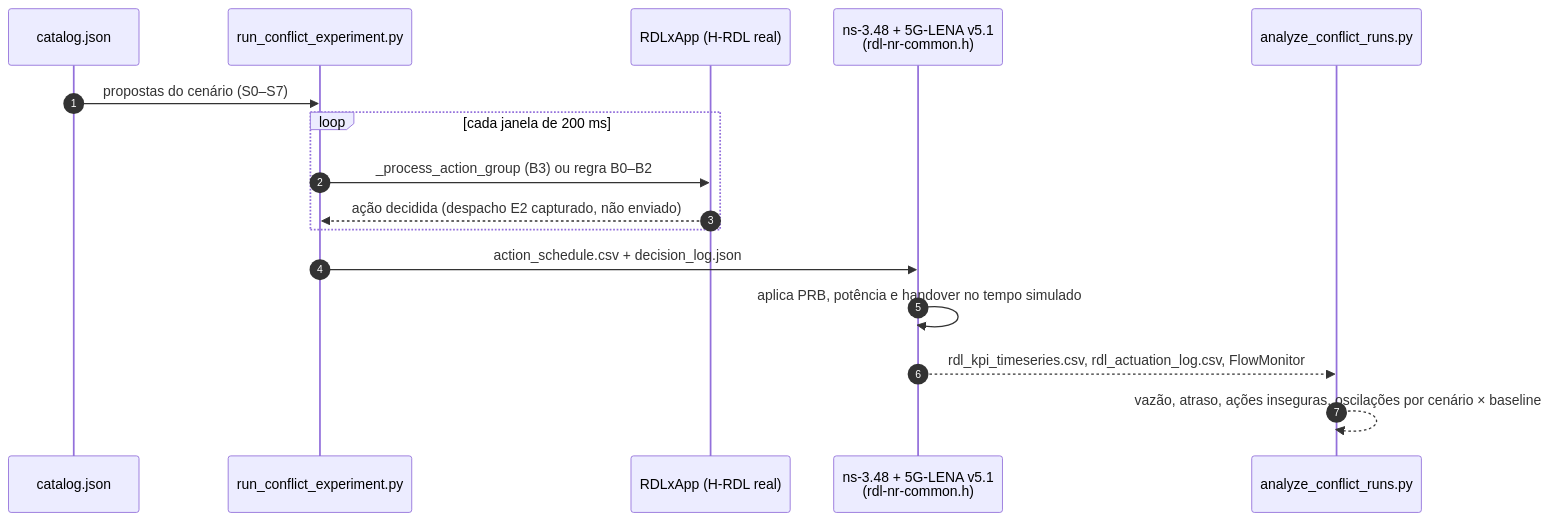
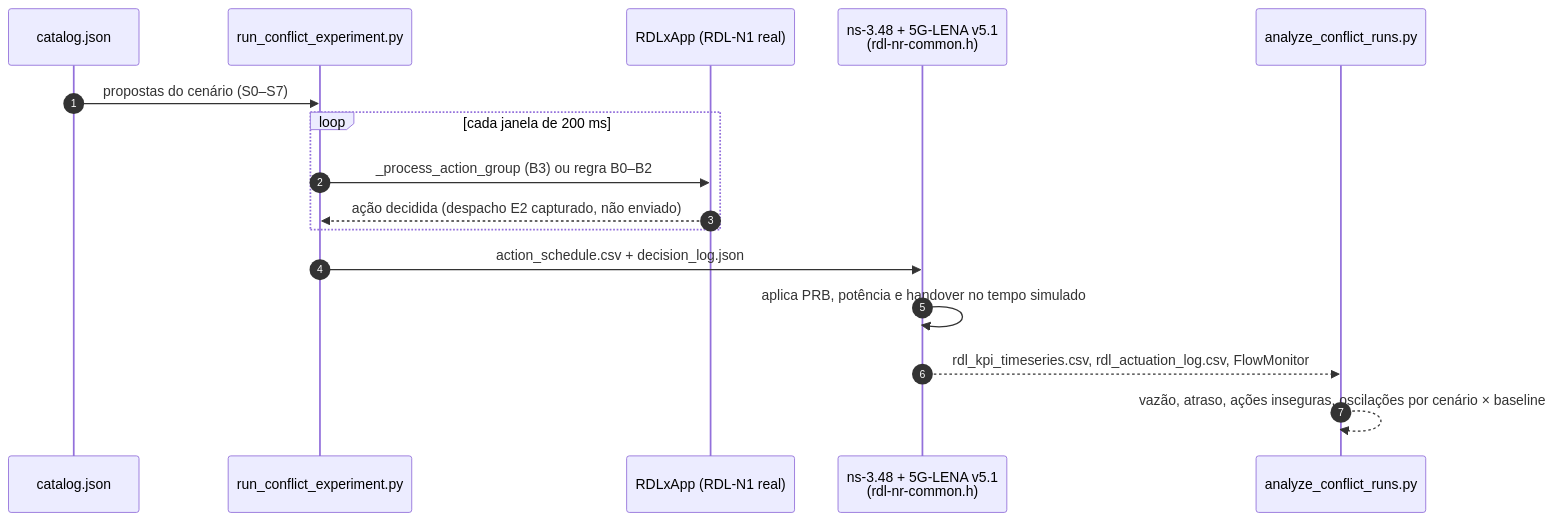
One commit to georgebarbosa3090/XApp-RDL-F1 changed the seventh of 8 diagrams in docs/01_componentes_e_fluxos.md. Above: the diagram before and after it, drawn with Mermaid. The commit also changed other lines of this file and 111 other files, not shown here.

````diff
--- a/docs/01_componentes_e_fluxos.md
+++ b/docs/01_componentes_e_fluxos.md
@@ -454,19 +454,19 @@
 ```mermaid
 sequenceDiagram
     autonumber
     participant C as catalog.json
     participant D as run_conflict_experiment.py
-    participant H as RDLxApp (H-RDL real)
+    participant H as RDLxApp (RDL-N1 real)
     participant S as ns-3.48 + 5G-LENA v5.1<br/>(rdl-nr-common.h)
     participant A as analyze_conflict_runs.py
 
     C->>D: propostas do cenário (S0–S7)
     loop cada janela de 200 ms
         D->>H: _process_action_group (B3) ou regra B0–B2
         H-->>D: ação decidida (despacho E2 capturado, não enviado)
     end
     D->>S: action_schedule.csv + decision_log.json
     S->>S: aplica PRB, potência e handover no tempo simulado
     S-->>A: rdl_kpi_timeseries.csv, rdl_actuation_log.csv, FlowMonitor
     A-->>A: vazão, atraso, ações inseguras, oscilações por cenário × baseline
 ```
````
